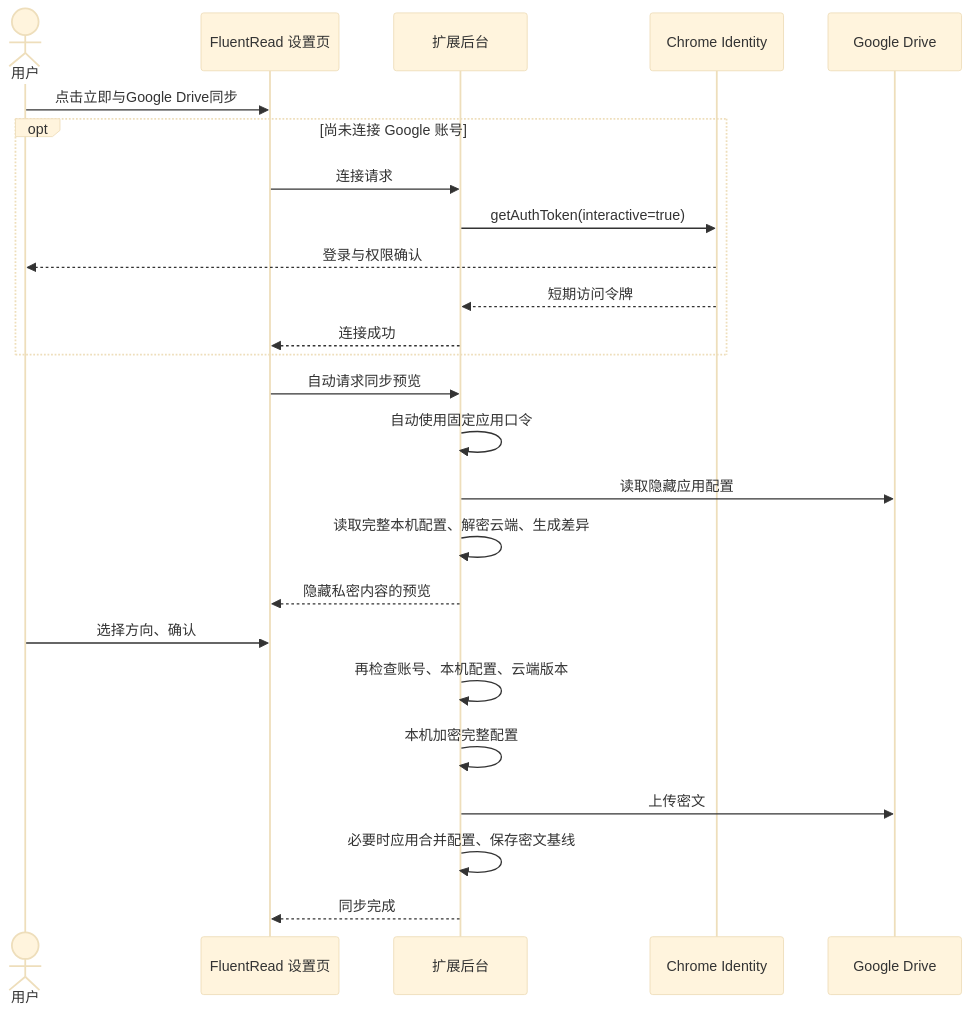
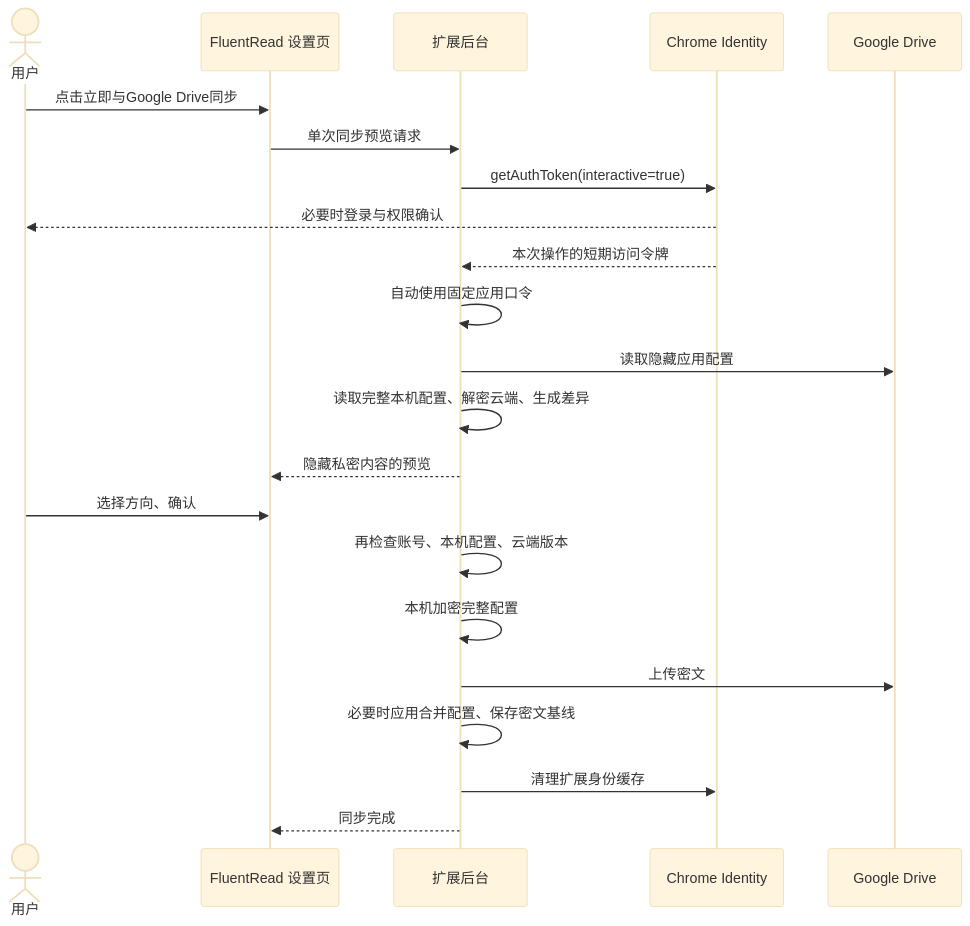
Before and after one commit to ArietidsZ/FluentRead: the first of 4 diagrams in docs/maintainers/google-drive-sync-guide.md, drawn with Mermaid (base theme). The commit also changed other lines of this file and 19 other files, not shown here.

````diff
--- a/docs/maintainers/google-drive-sync-guide.md
+++ b/docs/maintainers/google-drive-sync-guide.md
@@ -39,27 +39,24 @@
 ```mermaid
 sequenceDiagram
     actor U as 用户
     participant S as FluentRead 设置页
     participant B as 扩展后台
     participant C as Chrome Identity
     participant G as Google Drive
     U->>S: 点击立即与Google Drive同步
-    opt 尚未连接 Google 账号
-        S->>B: 连接请求
-        B->>C: getAuthToken(interactive=true)
-        C-->>U: 登录与权限确认
-        C-->>B: 短期访问令牌
-        B-->>S: 连接成功
-    end
-    S->>B: 自动请求同步预览
+    S->>B: 单次同步预览请求
+    B->>C: getAuthToken(interactive=true)
+    C-->>U: 必要时登录与权限确认
+    C-->>B: 本次操作的短期访问令牌
     B->>B: 自动使用固定应用口令
     B->>G: 读取隐藏应用配置
     B->>B: 读取完整本机配置、解密云端、生成差异
     B-->>S: 隐藏私密内容的预览
     U->>S: 选择方向、确认
     B->>B: 再检查账号、本机配置、云端版本
     B->>B: 本机加密完整配置
     B->>G: 上传密文
     B->>B: 必要时应用合并配置、保存密文基线
+    B->>C: 清理扩展身份缓存
     B-->>S: 同步完成
 ```
````
